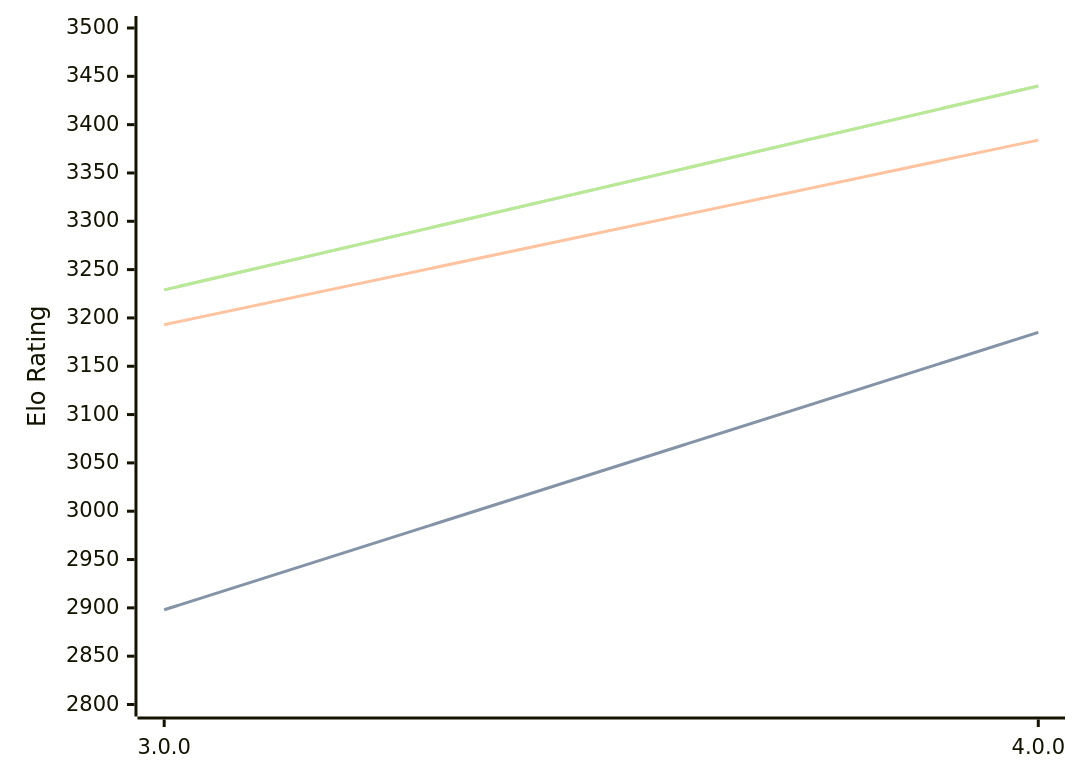
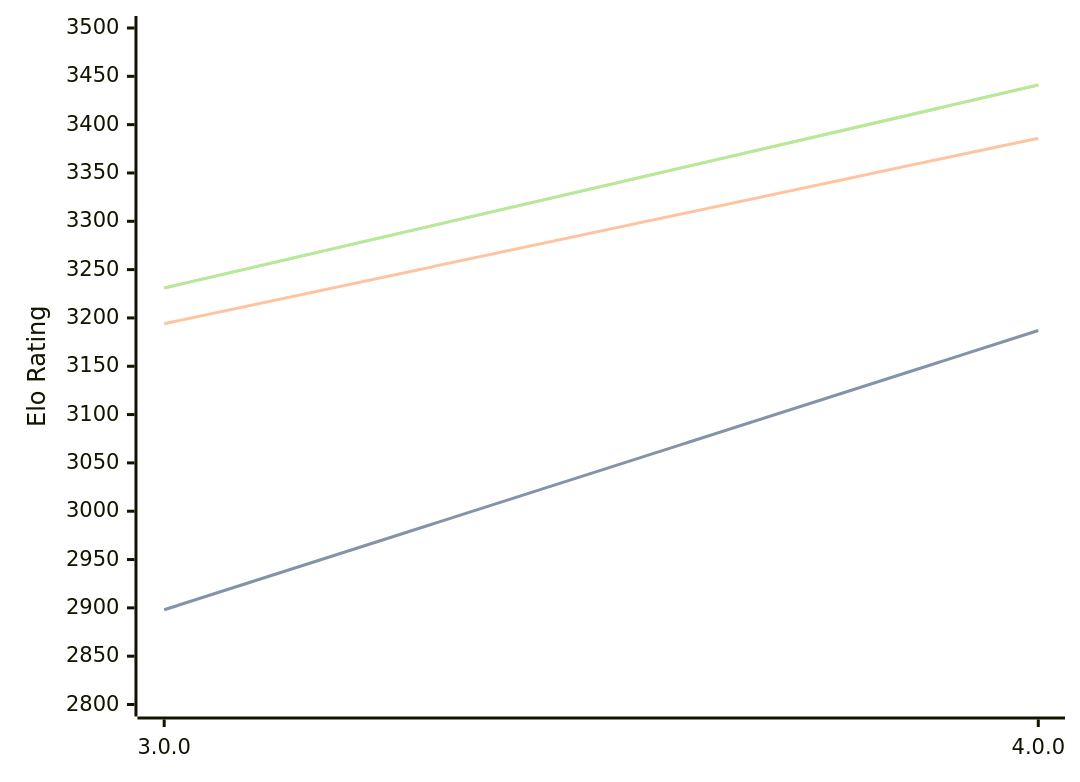
Before and after one commit to computer-chess-index/cci: the diagram in engines/Avalanche.md, drawn with Mermaid. The commit also changed other lines of this file, not shown here.

Commit message:
Update CCI Ratings (ELO VLTC) - 2026-09-13

````diff
--- a/engines/Avalanche.md
+++ b/engines/Avalanche.md
@@ -32,11 +32,11 @@
 ```mermaid
 %%{init: {"theme":"base","themeVariables":{"seriesColors:['#a3a3a3','#222221','#faa371']}}}%%
 xychart-beta
   x-axis ["3.0.0", "4.0.0"]
   y-axis "Elo Rating" 2800 --> 3500
-  line "" [2898, 3185]
-  line "STC (8.0+0.08s)" [2898, 3185]
-  line "LTC (60.0+0.60s)" [3193, 3384]
-  line "" [3229, 3440]
-  line "VLTC (2m24s+1.12s)" [3229, 3440]
+  line "" [2898, 3187]
+  line "STC (8.0+0.08s)" [2898, 3187]
+  line "LTC (60.0+0.60s)" [3194, 3386]
+  line "" [3231, 3441]
+  line "VLTC (2m24s+1.12s)" [3231, 3441]
 ```
````
